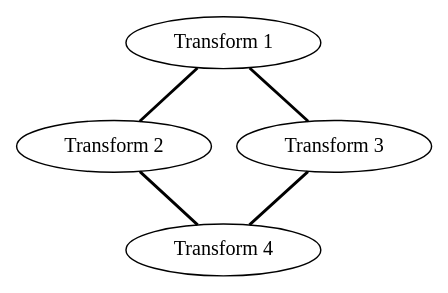
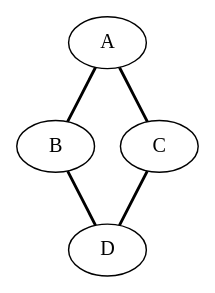
Before and after one commit to gsiegle/polycule-grapher: the diagram in DOT/sample.dot, drawn with Graphviz.

```diff
--- a/DOT/sample.dot
+++ b/DOT/sample.dot
@@ -1,11 +1,11 @@
 graph sample {
-	node1 [label="Transform 1"]
-	node2 [label="Transform 2"]
-	node3 [label="Transform 3"]
-	node4 [label="Transform 4"]
+	node1 [label="A"]
+	node2 [label="B"]
+	node3 [label="C"]
+	node4 [label="D"]
 
 	node1 -- node2 [len=1.25,label="",style=bold]
 	node1 -- node3 [len=1.25,label="",style=bold]
 	node2 -- node4 [len=1.25,label="",style=bold]
 	node3 -- node4 [len=1.25,label="",style=bold]
 }
```
